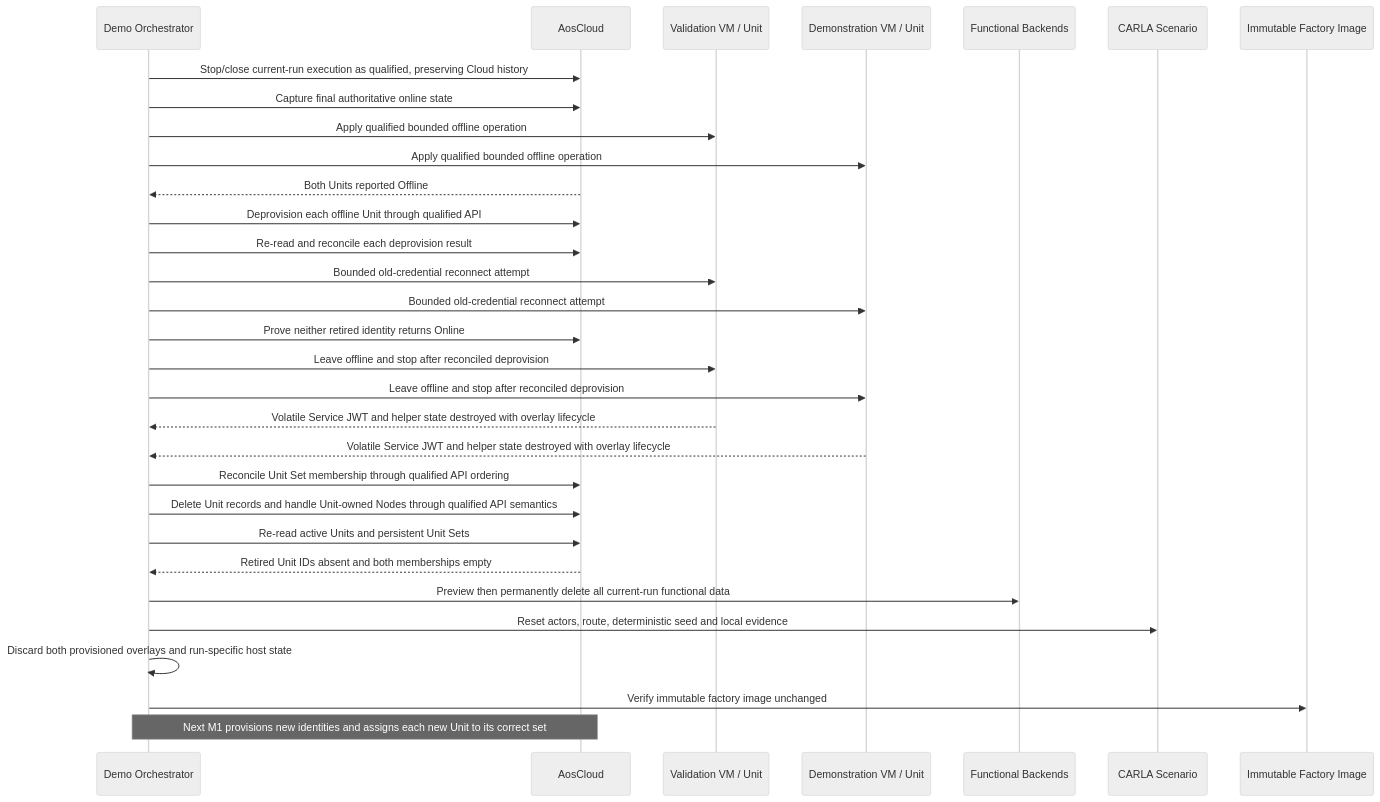
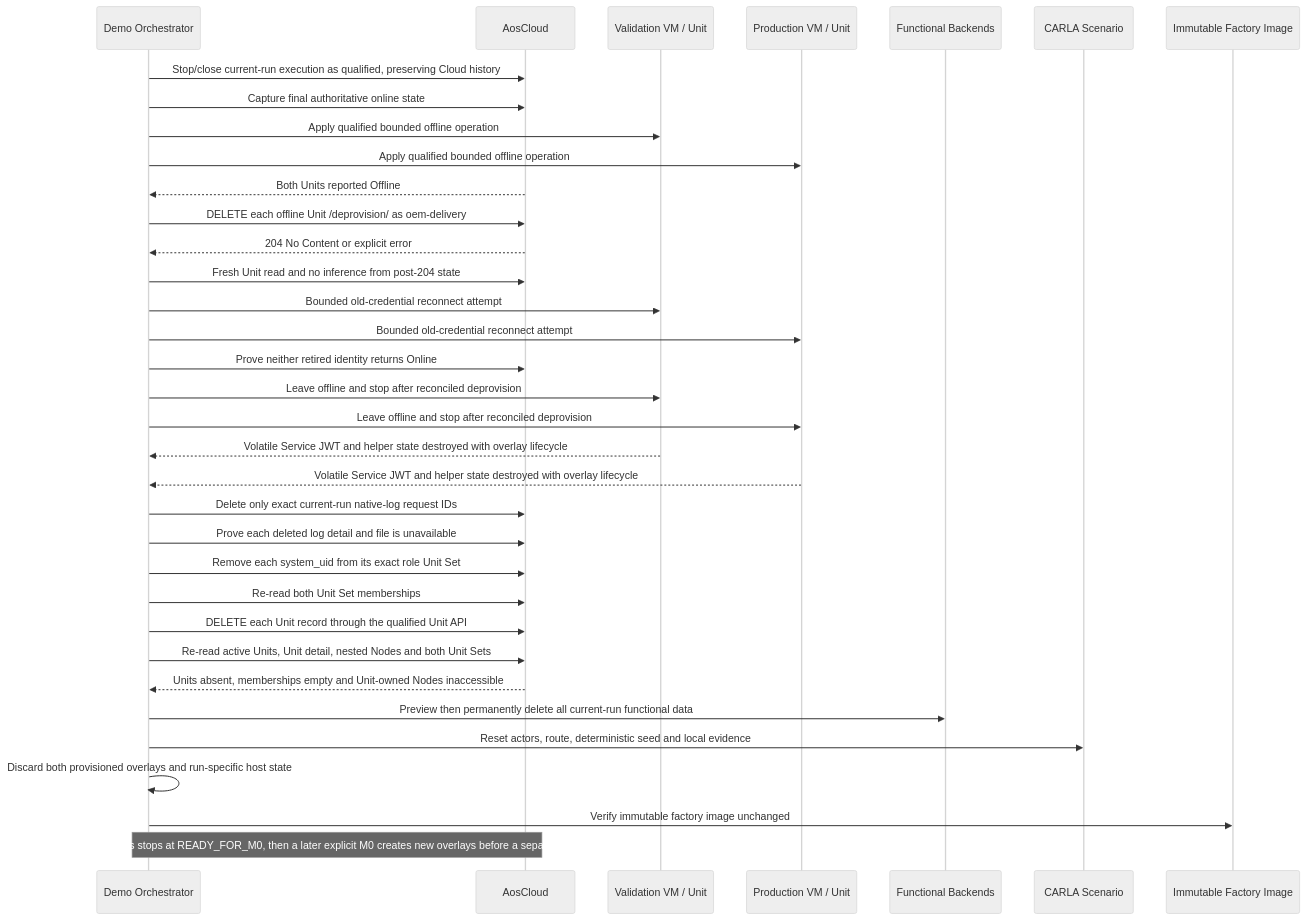
One commit to alexmaninblack/aosedge-sdv-demo changed diagram 22 of 22 in docs/architecture/demo-scenario-architecture-flows.md. Above: the diagram before and after it, drawn with Mermaid (neutral theme). The commit also changed other lines of this file and 176 other files, not shown here.

````diff
--- a/docs/architecture/demo-scenario-architecture-flows.md
+++ b/docs/architecture/demo-scenario-architecture-flows.md
@@ -1353,34 +1576,38 @@
 ```mermaid
 sequenceDiagram
     participant OR as Demo Orchestrator
     participant AC as AosCloud
     participant VU as Validation VM / Unit
-    participant DU as Demonstration VM / Unit
+    participant PU as Production VM / Unit
     participant FB as Functional Backends
     participant CS as CARLA Scenario
     participant FI as Immutable Factory Image
 
     OR->>AC: Stop/close current-run execution as qualified, preserving Cloud history
     OR->>AC: Capture final authoritative online state
     OR->>VU: Apply qualified bounded offline operation
-    OR->>DU: Apply qualified bounded offline operation
+    OR->>PU: Apply qualified bounded offline operation
     AC-->>OR: Both Units reported Offline
-    OR->>AC: Deprovision each offline Unit through qualified API
-    OR->>AC: Re-read and reconcile each deprovision result
+    OR->>AC: DELETE each offline Unit /deprovision/ as oem-delivery
+    AC-->>OR: 204 No Content or explicit error
+    OR->>AC: Fresh Unit read and no inference from post-204 state
     OR->>VU: Bounded old-credential reconnect attempt
-    OR->>DU: Bounded old-credential reconnect attempt
+    OR->>PU: Bounded old-credential reconnect attempt
     OR->>AC: Prove neither retired identity returns Online
     OR->>VU: Leave offline and stop after reconciled deprovision
-    OR->>DU: Leave offline and stop after reconciled deprovision
+    OR->>PU: Leave offline and stop after reconciled deprovision
     VU-->>OR: Volatile Service JWT and helper state destroyed with overlay lifecycle
-    DU-->>OR: Volatile Service JWT and helper state destroyed with overlay lifecycle
-    OR->>AC: Reconcile Unit Set membership through qualified API ordering
-    OR->>AC: Delete Unit records and handle Unit-owned Nodes through qualified API semantics
-    OR->>AC: Re-read active Units and persistent Unit Sets
-    AC-->>OR: Retired Unit IDs absent and both memberships empty
+    PU-->>OR: Volatile Service JWT and helper state destroyed with overlay lifecycle
+    OR->>AC: Delete only exact current-run native-log request IDs
+    OR->>AC: Prove each deleted log detail and file is unavailable
+    OR->>AC: Remove each system_uid from its exact role Unit Set
+    OR->>AC: Re-read both Unit Set memberships
+    OR->>AC: DELETE each Unit record through the qualified Unit API
+    OR->>AC: Re-read active Units, Unit detail, nested Nodes and both Unit Sets
+    AC-->>OR: Units absent, memberships empty and Unit-owned Nodes inaccessible
     OR->>FB: Preview then permanently delete all current-run functional data
     OR->>CS: Reset actors, route, deterministic seed and local evidence
     OR->>OR: Discard both provisioned overlays and run-specific host state
     OR->>FI: Verify immutable factory image unchanged
-    Note over OR,AC: Next M1 provisions new identities and assigns each new Unit to its correct set
+    Note over OR,AC: Success stops at READY_FOR_M0, then a later explicit M0 creates new overlays before a separate M1
 ```
````
